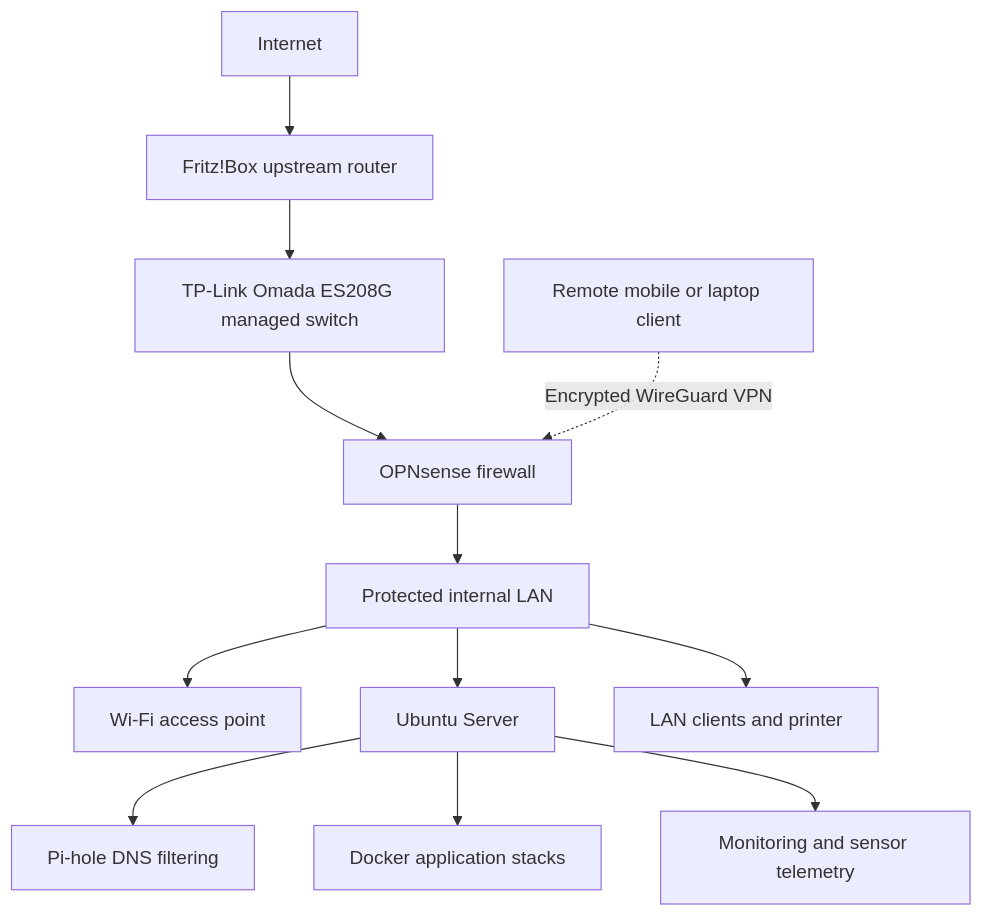
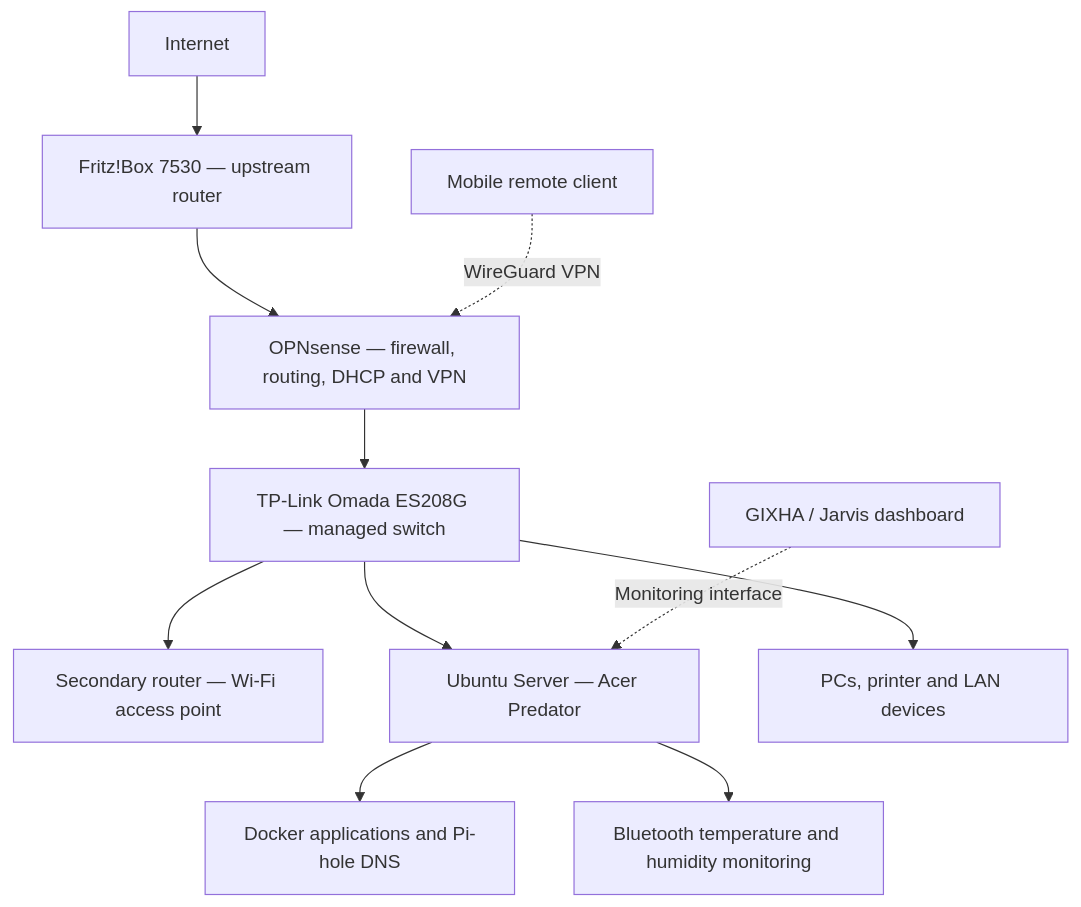
The diagram in README.md (ilirgashii/HomeLab), drawn with Mermaid before and after one commit. The commit also changed other lines of this file, not shown here.

Commit message:
docs: present implemented Home Lab architecture and services (#2)

````diff
--- a/README.md
+++ b/README.md
@@ -9,14 +7,13 @@
 ```mermaid
 flowchart TD
-  WAN[Internet] --> R1[Fritz!Box upstream router]
-  R1 --> SW[TP-Link Omada ES208G managed switch]
-  SW --> FW[OPNsense firewall]
-  FW --> LAN[Protected internal LAN]
-  LAN --> AP[Wi-Fi access point]
-  LAN --> SRV[Ubuntu Server]
-  LAN --> DEV[LAN clients and printer]
-  SRV --> PI[Pi-hole DNS filtering]
-  SRV --> DOCKER[Docker application stacks]
-  SRV --> MON[Monitoring and sensor telemetry]
-  REMOTE[Remote mobile or laptop client] -. Encrypted WireGuard VPN .-> FW
+    Internet[Internet] --> Router[Fritz!Box 7530 — upstream router]
+    Router --> FW[OPNsense — firewall, routing, DHCP and VPN]
+    FW --> SW[TP-Link Omada ES208G — managed switch]
+    SW --> AP[Secondary router — Wi-Fi access point]
+    SW --> SRV[Ubuntu Server — Acer Predator]
+    SW --> Clients[PCs, printer and LAN devices]
+    SRV --> Services[Docker applications and Pi-hole DNS]
+    SRV --> Sensors[Bluetooth temperature and humidity monitoring]
+    Remote[Mobile remote client] -. WireGuard VPN .-> FW
+    Jarvis[GIXHA / Jarvis dashboard] -. Monitoring interface .-> SRV
 ```
````
